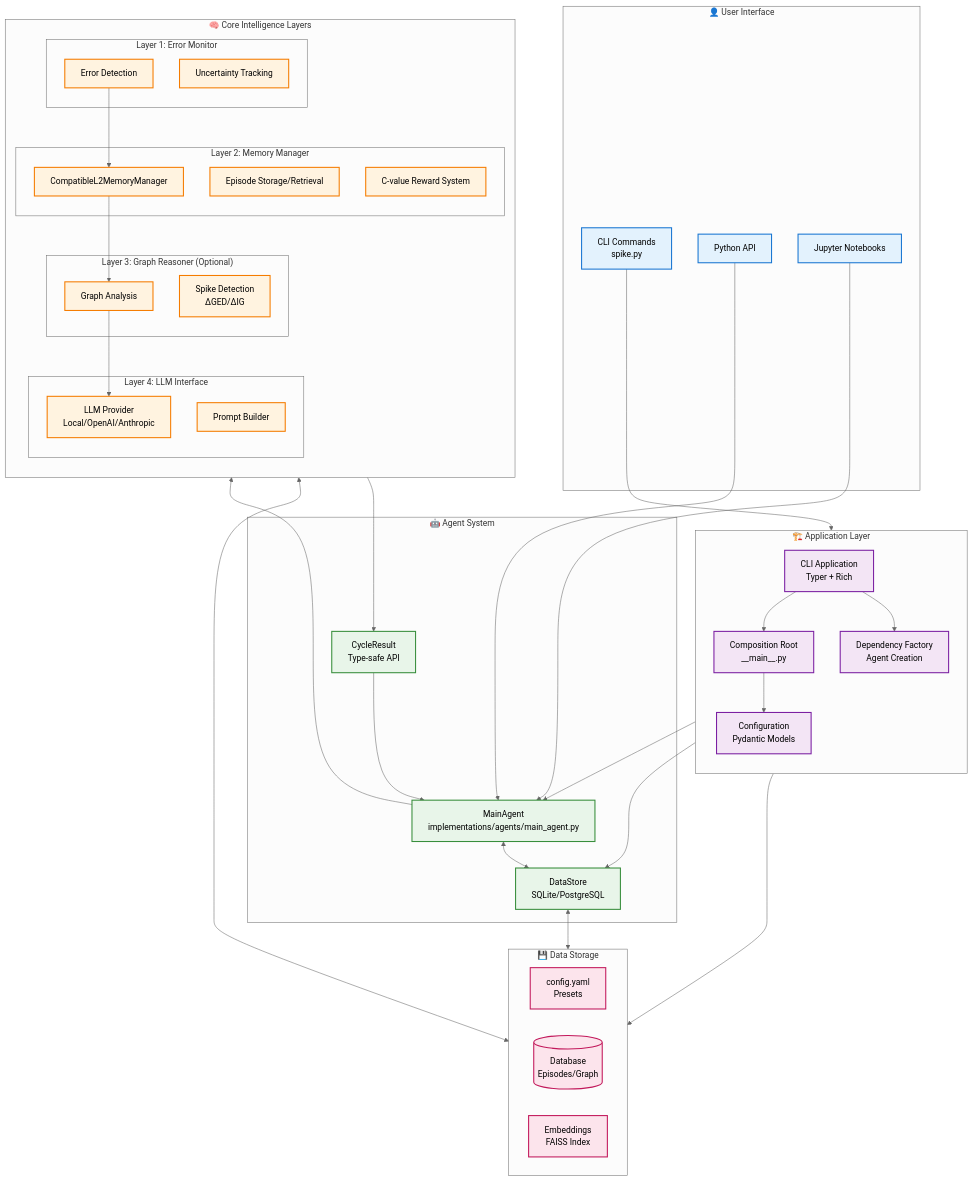
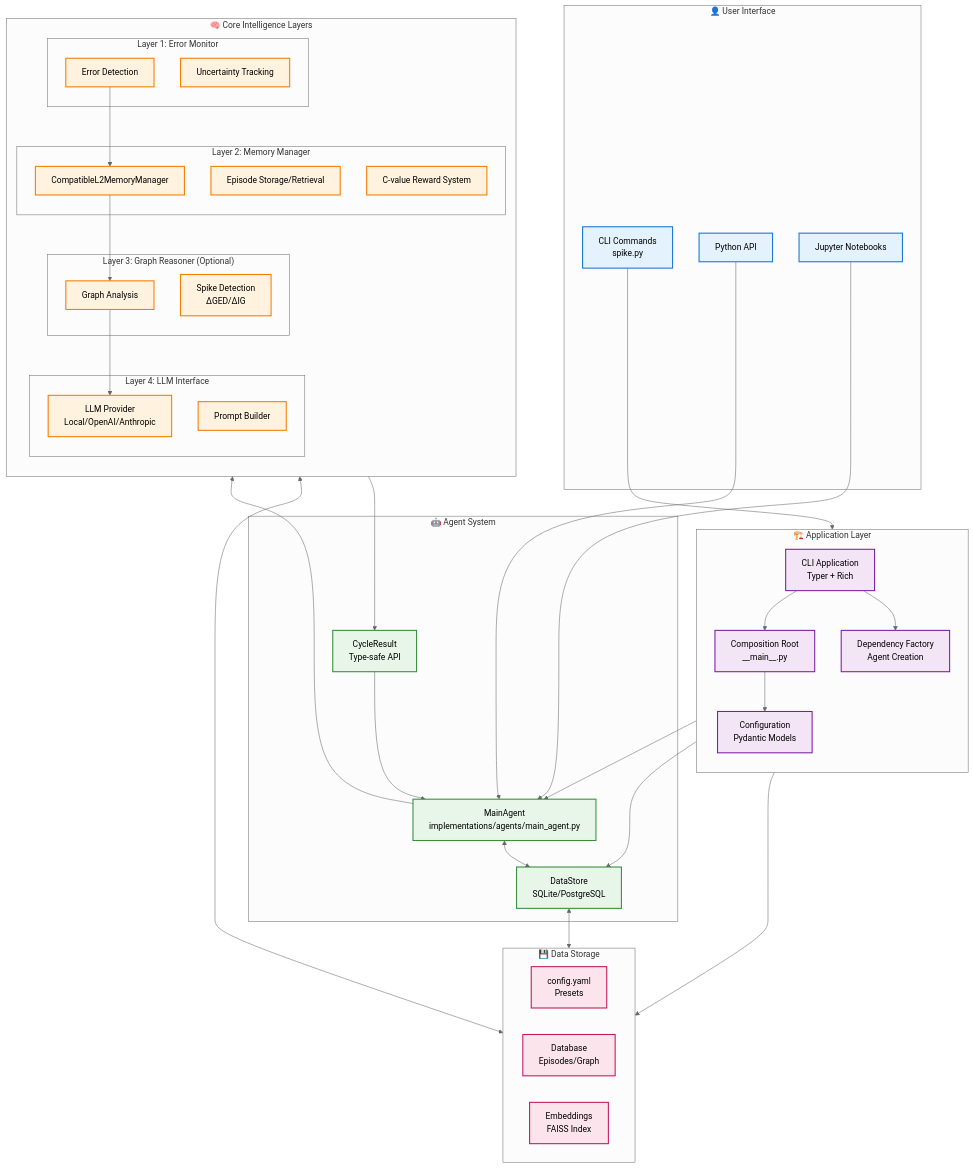
One commit to miyauchikazuyoshi/InsightSpike-AI changed the diagram in docs/diagrams/CURRENT_ARCHITECTURE.mermaid. Above: the diagram before and after it, drawn with Mermaid (neutral theme). The commit also changed 140 other files, not shown here.

```diff
--- a/docs/diagrams/CURRENT_ARCHITECTURE.mermaid
+++ b/docs/diagrams/CURRENT_ARCHITECTURE.mermaid
@@ -1,97 +1,97 @@
 %% InsightSpike-AI Current Architecture (2025-01)
 %% Simplified, production-ready implementation
 
 flowchart TB
     %% User Interaction Layer
     subgraph "👤 User Interface"
         CLI[CLI Commands<br/>spike.py]
         API[Python API]
         Notebook[Jupyter Notebooks]
     end
     
     %% Application Layer
     subgraph "🏗️ Application Layer"
         direction TB
         CompositionRoot[Composition Root<br/>__main__.py]
         CLIApp[CLI Application<br/>Typer + Rich]
         Config[Configuration<br/>Pydantic Models]
         DependencyFactory[Dependency Factory<br/>Agent Creation]
     end
     
     %% Core Agent
     subgraph "🤖 Agent System"
         MainAgent[MainAgent<br/>implementations/agents/main_agent.py]
         DataStore[DataStore<br/>SQLite/PostgreSQL]
         CycleResult[CycleResult<br/>Type-safe API]
     end
     
     %% Layer Architecture
     subgraph "🧠 Core Intelligence Layers"
         direction TB
         
         subgraph "Layer 1: Error Monitor"
             L1_Error[Error Detection]
             L1_Uncertainty[Uncertainty Tracking]
         end
         
         subgraph "Layer 2: Memory Manager"
             L2_Memory[CompatibleL2MemoryManager]
             L2_Episodes[Episode Storage/Retrieval]
             L2_Rewards[C-value Reward System]
         end
         
         subgraph "Layer 3: Graph Reasoner (Optional)"
             L3_Graph[Graph Analysis]
             L3_Spike[Spike Detection<br/>ΔGED/ΔIG]
         end
         
         subgraph "Layer 4: LLM Interface"
             L4_LLM[LLM Provider<br/>Local/OpenAI/Anthropic]
             L4_Prompt[Prompt Builder]
         end
     end
     
     %% Data Storage
     subgraph "💾 Data Storage"
         direction LR
         ConfigFiles[config.yaml<br/>Presets]
-        Database[(Database<br/>Episodes/Graph)]
+        Database[Database<br/>Episodes/Graph]
         Embeddings[Embeddings<br/>FAISS Index]
     end
     
     %% Flow
     CLI --> CLIApp
     API --> MainAgent
     Notebook --> MainAgent
     
     CLIApp --> CompositionRoot
     CompositionRoot --> Config
     CompositionRoot --> DataStore
     
     CLIApp --> DependencyFactory
     DependencyFactory --> MainAgent
     
     MainAgent --> L1_Error
     L1_Error --> L2_Memory
     L2_Memory --> L3_Graph
     L3_Graph --> L4_LLM
     L4_LLM --> CycleResult
     CycleResult --> MainAgent
     
     MainAgent <--> DataStore
     DataStore <--> Database
     L2_Memory <--> Embeddings
     Config --> ConfigFiles
     
     %% Styling
     classDef interface fill:#e3f2fd,stroke:#1976d2,stroke-width:2px
     classDef app fill:#f3e5f5,stroke:#7b1fa2,stroke-width:2px
     classDef agent fill:#e8f5e9,stroke:#388e3c,stroke-width:2px
     classDef layer fill:#fff3e0,stroke:#f57c00,stroke-width:2px
     classDef storage fill:#fce4ec,stroke:#c2185b,stroke-width:2px
     
     class CLI,API,Notebook interface
     class CompositionRoot,CLIApp,Config,DependencyFactory app
     class MainAgent,DataStore,CycleResult agent
     class L1_Error,L1_Uncertainty,L2_Memory,L2_Episodes,L2_Rewards,L3_Graph,L3_Spike,L4_LLM,L4_Prompt layer
     class ConfigFiles,Database,Embeddings storage
```
